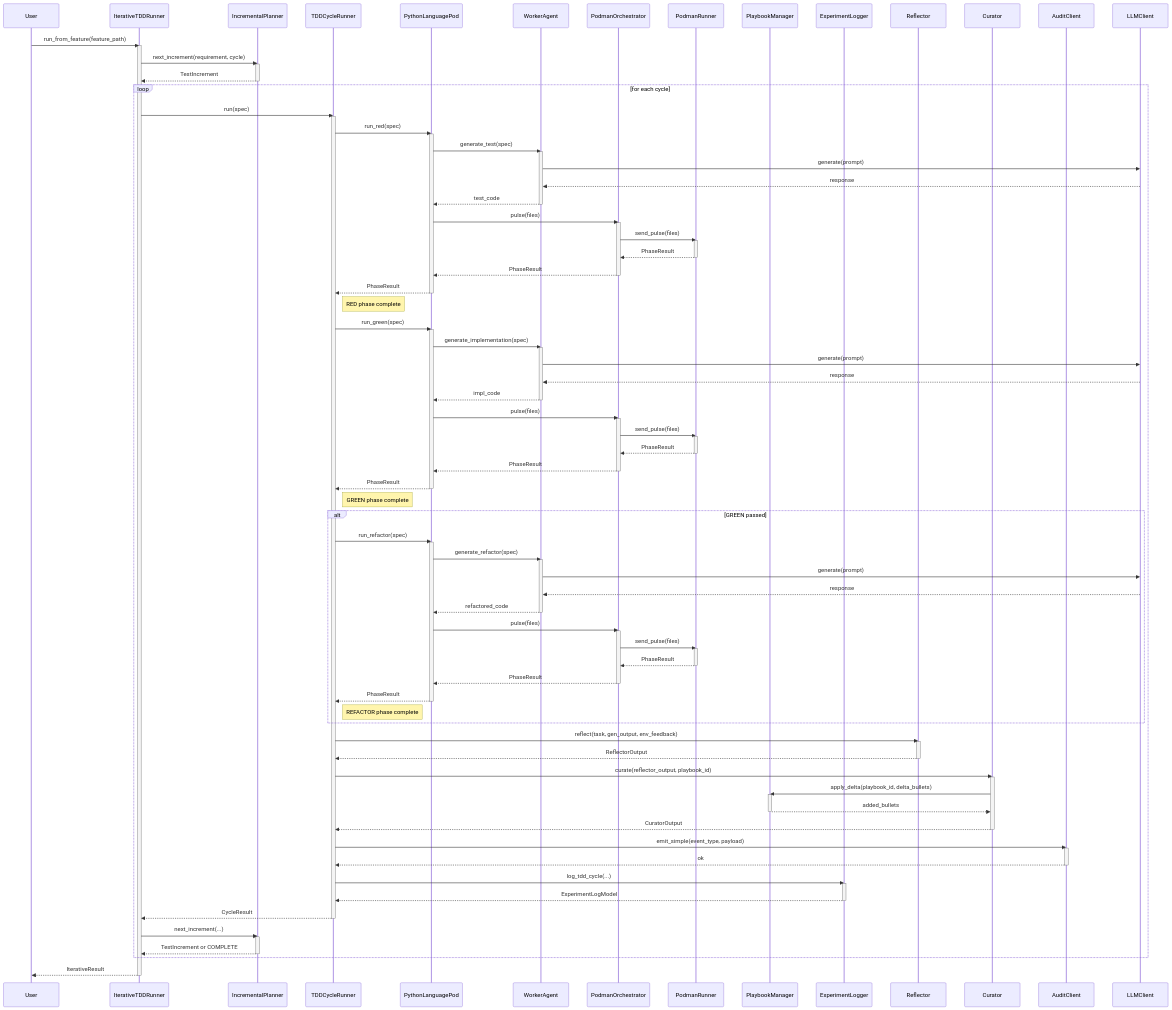
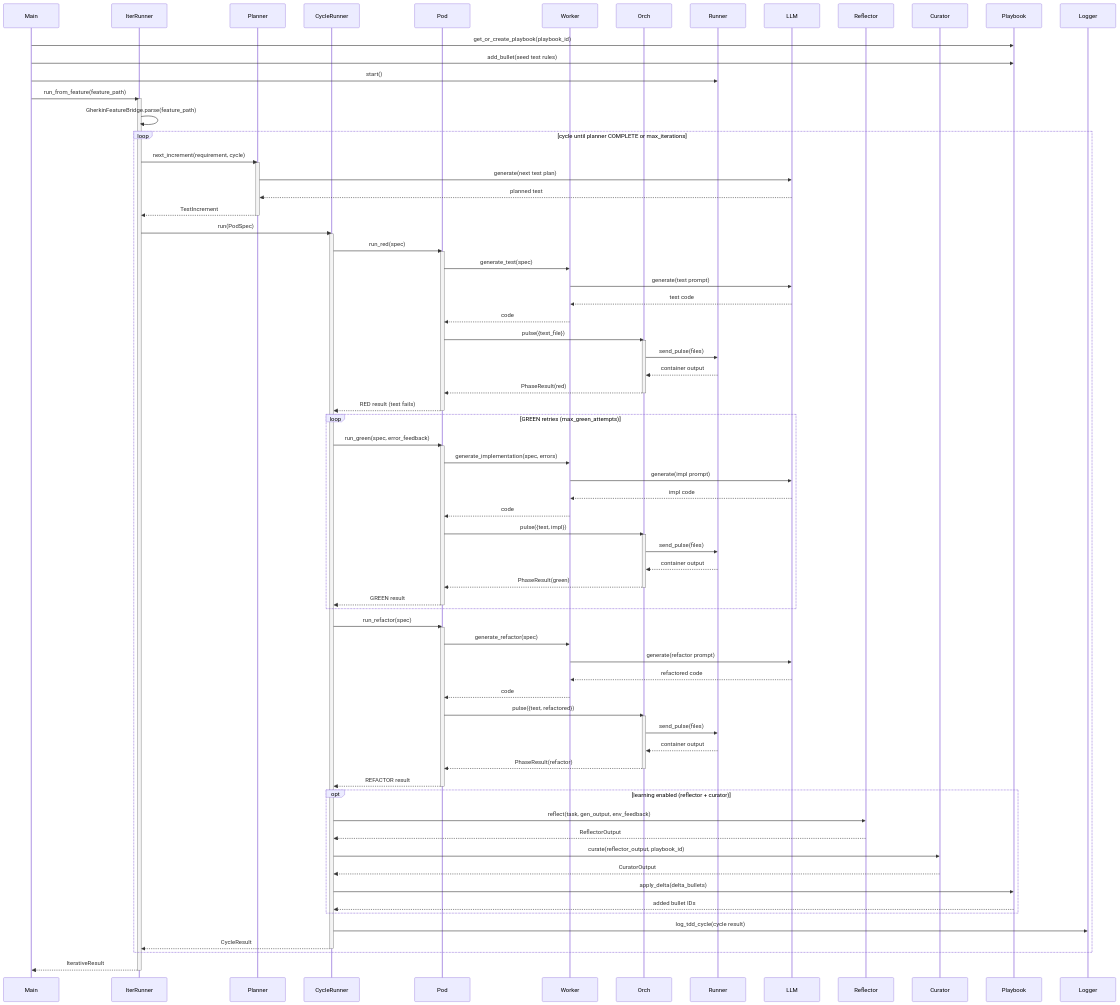
One commit to carlhuxley/ace_enterprise changed the diagram in docs/SYSTEM_ARCHITECTURE.md. Above: the diagram before and after it, drawn with Mermaid. The commit also changed other lines of this file and 4 other files, not shown here.

````diff
--- a/docs/SYSTEM_ARCHITECTURE.md
+++ b/docs/SYSTEM_ARCHITECTURE.md
@@ -41,114 +41,96 @@
 ```mermaid
 sequenceDiagram
-    participant User
-    participant IterativeTDDRunner
-    participant IncrementalPlanner
-    participant TDDCycleRunner
-    participant PythonLanguagePod
-    participant WorkerAgent
-    participant PodmanOrchestrator
-    participant PodmanRunner
-    participant PlaybookManager
-    participant ExperimentLogger
+    participant Main
+    participant IterRunner
+    participant Planner
+    participant CycleRunner
+    participant Pod
+    participant Worker
+    participant Orch
+    participant Runner
+    participant LLM
     participant Reflector
     participant Curator
-    participant AuditClient
+    participant Playbook
+    participant Logger
 
-    User->>IterativeTDDRunner: run_from_feature(feature_path)
-    activate IterativeTDDRunner
-    IterativeTDDRunner->>IncrementalPlanner: next_increment(requirement, cycle)
-    activate IncrementalPlanner
-    IncrementalPlanner-->>IterativeTDDRunner: TestIncrement
-    deactivate IncrementalPlanner
-    loop for each cycle
-        IterativeTDDRunner->>TDDCycleRunner: run(spec)
-        activate TDDCycleRunner
-        TDDCycleRunner->>PythonLanguagePod: run_red(spec)
-        activate PythonLanguagePod
-        PythonLanguagePod->>WorkerAgent: generate_test(spec)
-        activate WorkerAgent
-        WorkerAgent->>LLMClient: generate(prompt)
-        LLMClient-->>WorkerAgent: response
-        WorkerAgent-->>PythonLanguagePod: test_code
-        deactivate WorkerAgent
-        PythonLanguagePod->>PodmanOrchestrator: pulse(files)
-        activate PodmanOrchestrator
-        PodmanOrchestrator->>PodmanRunner: send_pulse(files)
-        activate PodmanRunner
-        PodmanRunner-->>PodmanOrchestrator: PhaseResult
-        deactivate PodmanRunner
-        PodmanOrchestrator-->>PythonLanguagePod: PhaseResult
-        deactivate PodmanOrchestrator
-        PythonLanguagePod-->>TDDCycleRunner: PhaseResult
-        deactivate PythonLanguagePod
-        Note right of TDDCycleRunner: RED phase complete
-        TDDCycleRunner->>PythonLanguagePod: run_green(spec)
-        activate PythonLanguagePod
-        PythonLanguagePod->>WorkerAgent: generate_implementation(spec)
-        activate WorkerAgent
-        WorkerAgent->>LLMClient: generate(prompt)
-        LLMClient-->>WorkerAgent: response
-        WorkerAgent-->>PythonLanguagePod: impl_code
-        deactivate WorkerAgent
-        PythonLanguagePod->>PodmanOrchestrator: pulse(files)
-        activate PodmanOrchestrator
-        PodmanOrchestrator->>PodmanRunner: send_pulse(files)
-        activate PodmanRunner
-        PodmanRunner-->>PodmanOrchestrator: PhaseResult
-        deactivate PodmanRunner
-        PodmanOrchestrator-->>PythonLanguagePod: PhaseResult
-        deactivate PodmanOrchestrator
-        PythonLanguagePod-->>TDDCycleRunner: PhaseResult
-        deactivate PythonLanguagePod
-        Note right of TDDCycleRunner: GREEN phase complete
-        alt GREEN passed
-            TDDCycleRunner->>PythonLanguagePod: run_refactor(spec)
-            activate PythonLanguagePod
-            PythonLanguagePod->>WorkerAgent: generate_refactor(spec)
-            activate WorkerAgent
-            WorkerAgent->>LLMClient: generate(prompt)
-            LLMClient-->>WorkerAgent: response
-            WorkerAgent-->>PythonLanguagePod: refactored_code
-            deactivate WorkerAgent
-            PythonLanguagePod->>PodmanOrchestrator: pulse(files)
-            activate PodmanOrchestrator
-            PodmanOrchestrator->>PodmanRunner: send_pulse(files)
-            activate PodmanRunner
-            PodmanRunner-->>PodmanOrchestrator: PhaseResult
-            deactivate PodmanRunner
-            PodmanOrchestrator-->>PythonLanguagePod: PhaseResult
-            deactivate PodmanOrchestrator
-            PythonLanguagePod-->>TDDCycleRunner: PhaseResult
-            deactivate PythonLanguagePod
-            Note right of TDDCycleRunner: REFACTOR phase complete
+    Main->>Playbook: get_or_create_playbook(playbook_id)
+    Main->>Playbook: add_bullet(seed test rules)
+    Main->>Runner: start()
+    Main->>IterRunner: run_from_feature(feature_path)
+    activate IterRunner
+    IterRunner->>IterRunner: GherkinFeatureBridge.parse(feature_path)
+    loop cycle until planner COMPLETE or max_iterations
+        IterRunner->>Planner: next_increment(requirement, cycle)
+        activate Planner
+        Planner->>LLM: generate(next test plan)
+        LLM-->>Planner: planned test
+        Planner-->>IterRunner: TestIncrement
+        deactivate Planner
+
+        IterRunner->>CycleRunner: run(PodSpec)
+        activate CycleRunner
+
+        CycleRunner->>Pod: run_red(spec)
+        activate Pod
+        Pod->>Worker: generate_test(spec)
+        Worker->>LLM: generate(test prompt)
+        LLM-->>Worker: test code
+        Worker-->>Pod: code
+        Pod->>Orch: pulse({test_file})
+        activate Orch
+        Orch->>Runner: send_pulse(files)
+        Runner-->>Orch: container output
+        Orch-->>Pod: PhaseResult(red)
+        deactivate Orch
+        Pod-->>CycleRunner: RED result (test fails)
+        deactivate Pod
+
+        loop GREEN retries (max_green_attempts)
+            CycleRunner->>Pod: run_green(spec, error_feedback)
+            activate Pod
+            Pod->>Worker: generate_implementation(spec, errors)
+            Worker->>LLM: generate(impl prompt)
+            LLM-->>Worker: impl code
+            Worker-->>Pod: code
+            Pod->>Orch: pulse({test, impl})
+            activate Orch
+            Orch->>Runner: send_pulse(files)
+            Runner-->>Orch: container output
+            Orch-->>Pod: PhaseResult(green)
+            deactivate Orch
+            Pod-->>CycleRunner: GREEN result
+            deactivate Pod
         end
-        TDDCycleRunner->>Reflector: reflect(task, gen_output, env_feedback)
-        activate Reflector
-        Reflector-->>TDDCycleRunner: ReflectorOutput
-        deactivate Reflector
-        TDDCycleRunner->>Curator: curate(reflector_output, playbook_id)
-        activate Curator
-        Curator->>PlaybookManager: apply_delta(playbook_id, delta_bullets)
-        activate PlaybookManager
-        PlaybookManager-->>Curator: added_bullets
-        deactivate PlaybookManager
-        Curator-->>TDDCycleRunner: CuratorOutput
-        deactivate Curator
-        TDDCycleRunner->>AuditClient: emit_simple(event_type, payload)
-        activate AuditClient
-        AuditClient-->>TDDCycleRunner: ok
-        deactivate AuditClient
-        TDDCycleRunner->>ExperimentLogger: log_tdd_cycle(...)
-        activate ExperimentLogger
-        ExperimentLogger-->>TDDCycleRunner: ExperimentLogModel
-        deactivate ExperimentLogger
-        TDDCycleRunner-->>IterativeTDDRunner: CycleResult
-        deactivate TDDCycleRunner
-        IterativeTDDRunner->>IncrementalPlanner: next_increment(...)
-        activate IncrementalPlanner
-        IncrementalPlanner-->>IterativeTDDRunner: TestIncrement or COMPLETE
-        deactivate IncrementalPlanner
+
+        CycleRunner->>Pod: run_refactor(spec)
+        activate Pod
+        Pod->>Worker: generate_refactor(spec)
+        Worker->>LLM: generate(refactor prompt)
+        LLM-->>Worker: refactored code
+        Worker-->>Pod: code
+        Pod->>Orch: pulse({test, refactored})
+        activate Orch
+        Orch->>Runner: send_pulse(files)
+        Runner-->>Orch: container output
+        Orch-->>Pod: PhaseResult(refactor)
+        deactivate Orch
+        Pod-->>CycleRunner: REFACTOR result
+        deactivate Pod
+
+        opt learning enabled (reflector + curator)
+            CycleRunner->>Reflector: reflect(task, gen_output, env_feedback)
+            Reflector-->>CycleRunner: ReflectorOutput
+            CycleRunner->>Curator: curate(reflector_output, playbook_id)
+            Curator-->>CycleRunner: CuratorOutput
+            CycleRunner->>Playbook: apply_delta(delta_bullets)
+            Playbook-->>CycleRunner: added bullet IDs
+        end
+
+        CycleRunner->>Logger: log_tdd_cycle(cycle result)
+        CycleRunner-->>IterRunner: CycleResult
+        deactivate CycleRunner
     end
-    IterativeTDDRunner-->>User: IterativeResult
-    deactivate IterativeTDDRunner
+    IterRunner-->>Main: IterativeResult
+    deactivate IterRunner
 ```
````
